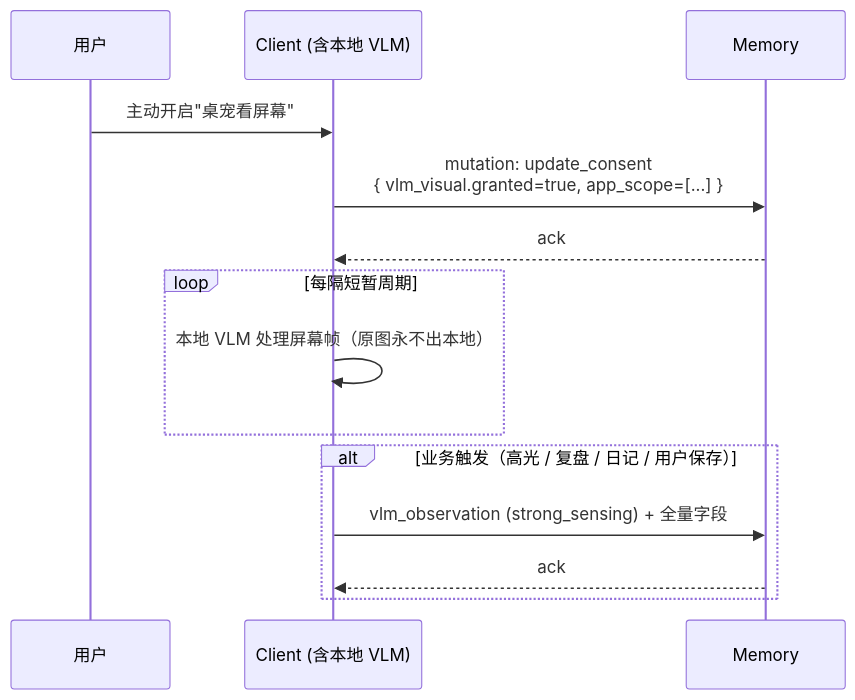
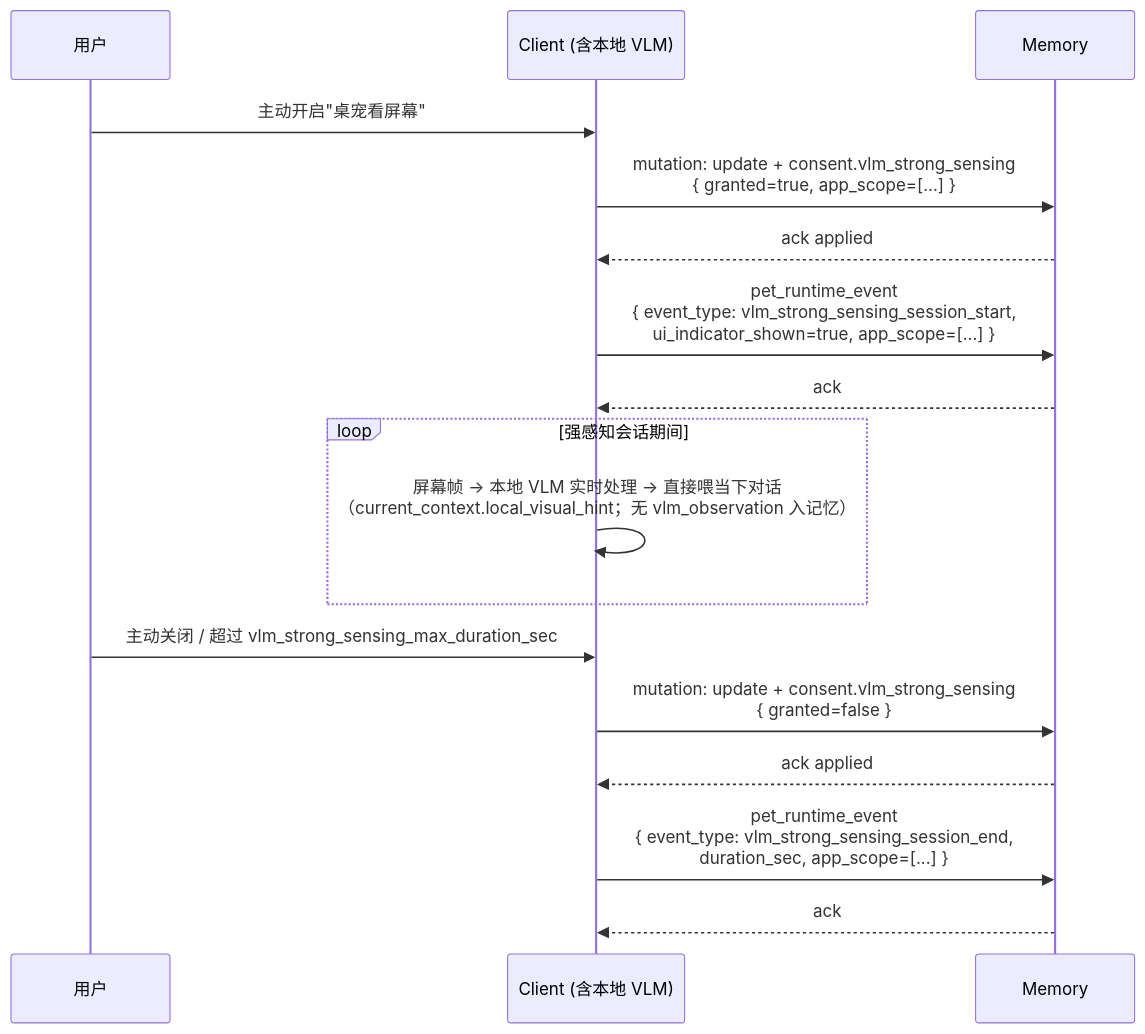
Diagram 15 of 17 in projects/desktop-pet/01-pm/branches/memory-dataset/DATA_FLOW_REQUIREMENT_SPECIFICATION.md (uu-yaya/ai-product-builder), drawn with Mermaid before and after one commit. The commit also changed other lines of this file and 1 other file, not shown here.

Commit message:
edit projects/desktop-pet/01-pm/branches/memory-dataset/DATA_FLOW_REQUIREMENT_SPECIFICATION.md via md-canvas

````diff
--- a/projects/desktop-pet/01-pm/branches/memory-dataset/DATA_FLOW_REQUIREMENT_SPECIFICATION.md
+++ b/projects/desktop-pet/01-pm/branches/memory-dataset/DATA_FLOW_REQUIREMENT_SPECIFICATION.md
@@ -1001,16 +1522,19 @@
 ```mermaid
 sequenceDiagram
     participant U as 用户
     participant C as Client (含本地 VLM)
     participant M as Memory
     U->>C: 主动开启"桌宠看屏幕"
-    C->>M: mutation: update_consent<br/>{ vlm_visual.granted=true, app_scope=[...] }
+    C->>M: mutation: update + consent.vlm_strong_sensing<br/>{ granted=true, app_scope=[...] }
+    M-->>C: ack applied
+    C->>M: pet_runtime_event<br/>{ event_type: vlm_strong_sensing_session_start,<br/>  ui_indicator_shown=true, app_scope=[...] }
     M-->>C: ack
-    loop 每隔短暂周期
-        C->>C: 本地 VLM 处理屏幕帧（原图永不出本地）
+    loop 强感知会话期间
+        C->>C: 屏幕帧 → 本地 VLM 实时处理 → 直接喂当下对话<br/>（current_context.local_visual_hint；无 vlm_observation 入记忆）
     end
-    alt 业务触发（高光 / 复盘 / 日记 / 用户保存）
-        C->>M: vlm_observation (strong_sensing) + 全量字段
-        M-->>C: ack
-    end
+    U->>C: 主动关闭 / 超过 vlm_strong_sensing_max_duration_sec
+    C->>M: mutation: update + consent.vlm_strong_sensing<br/>{ granted=false }
+    M-->>C: ack applied
+    C->>M: pet_runtime_event<br/>{ event_type: vlm_strong_sensing_session_end,<br/>  duration_sec, app_scope=[...] }
+    M-->>C: ack
 ```
````
